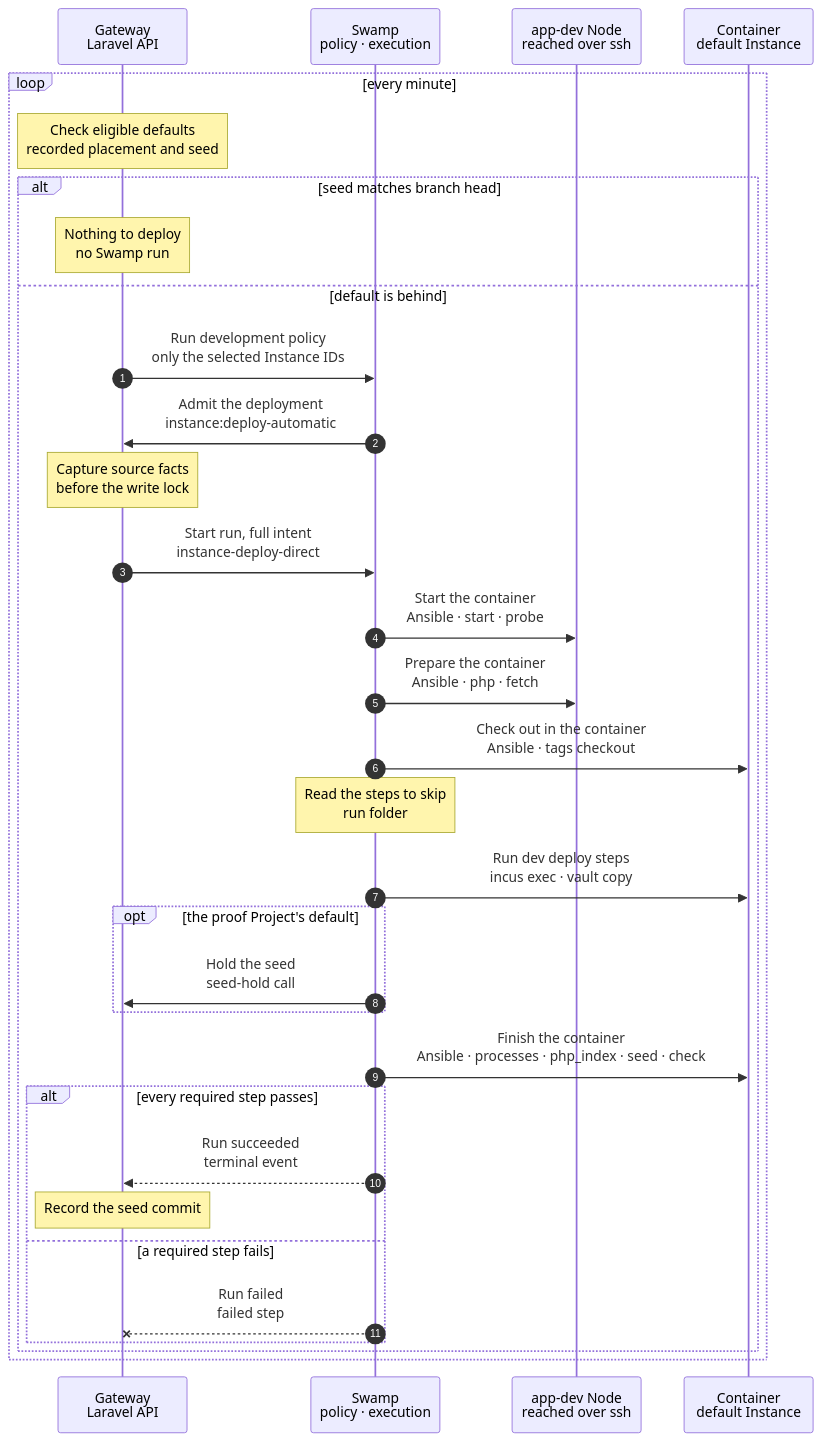
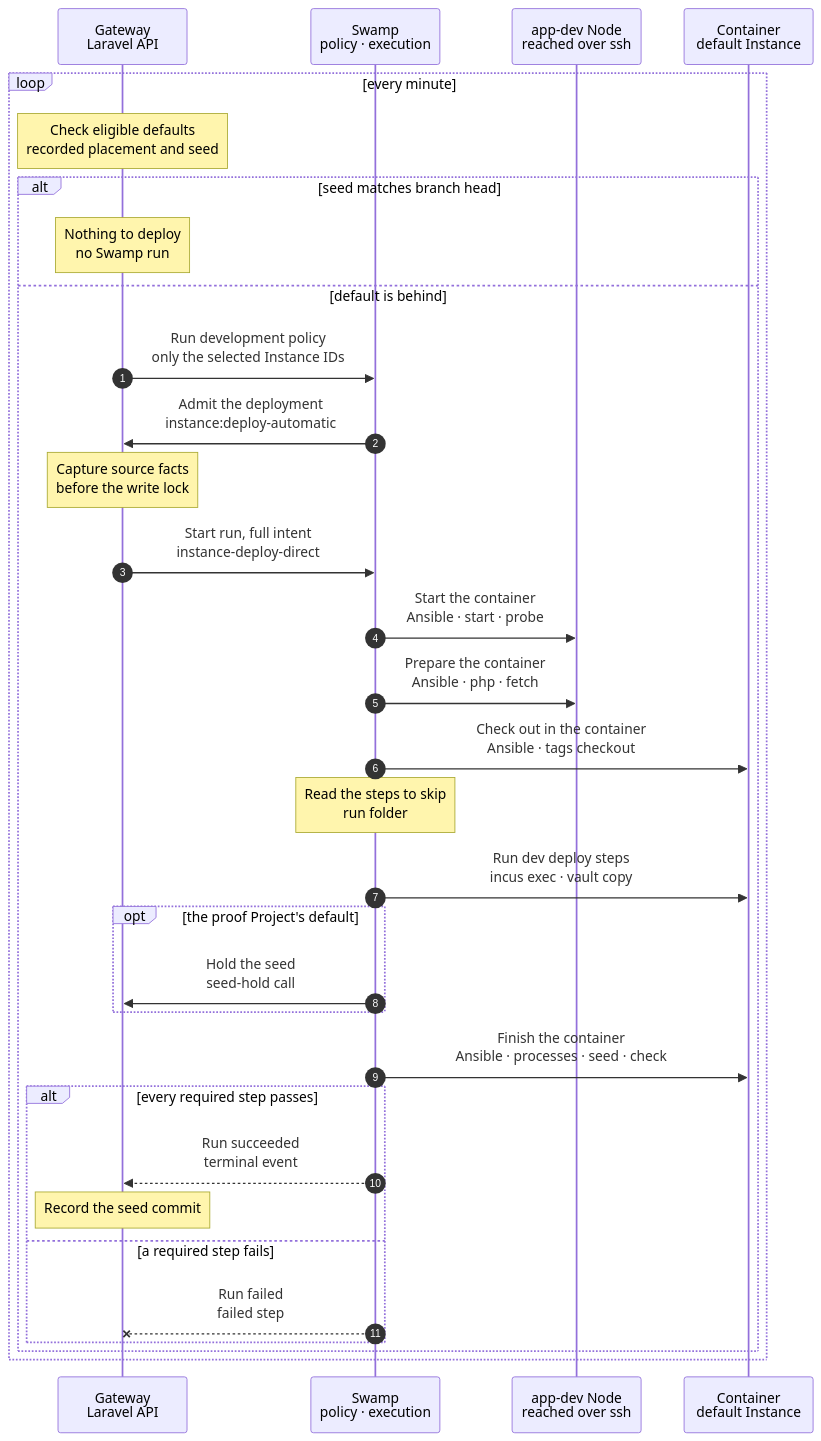
Before and after one commit to hardimpactdev/orbit: the diagram in docs/cli/instance/container/deploy-default.mmd, drawn with Mermaid. The commit also changed 6 other files, not shown here.

First line of the commit message:
Document the index budgets and the production runtime folder, and count the new container cases

```diff
--- a/docs/cli/instance/container/deploy-default.mmd
+++ b/docs/cli/instance/container/deploy-default.mmd
@@ -87,7 +87,7 @@
     %%> On failure:
     %%> - the bound passes while the seed copy runs: the deployment fails with `instance.seed_hold_timeout` before it changes the container; the old seed stays; no seed is restored and the container is not started
   end
-  SW->>C: Finish the container<br/>Ansible · processes · php_index · seed · check
+  SW->>C: Finish the container<br/>Ansible · processes · seed · check
   %%> What it does:
   %%> - one play runs the phases `processes`, `php_index`, `seed` and `check`, in this order; a nested-fleet default refreshes its fleet between `processes` and `php_index`: container/fleet-refresh.mmd
   %%> - the handlers a phase notifies run before the next phase starts, as with separate plays
```
